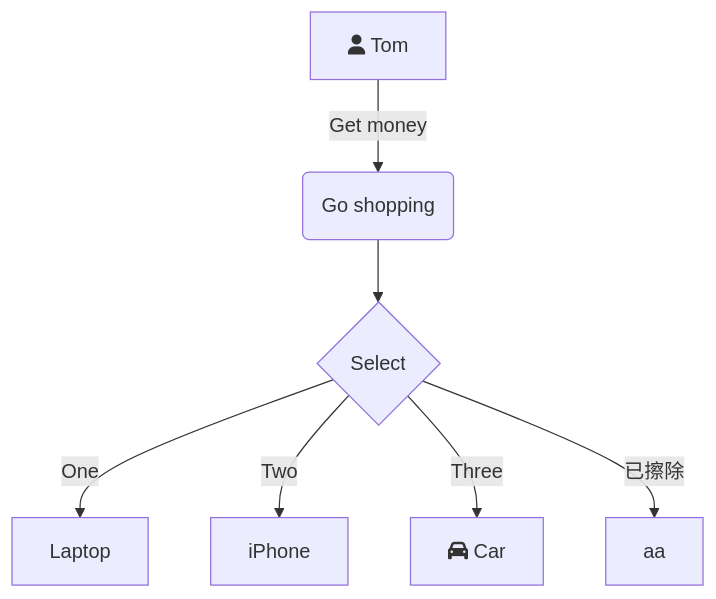
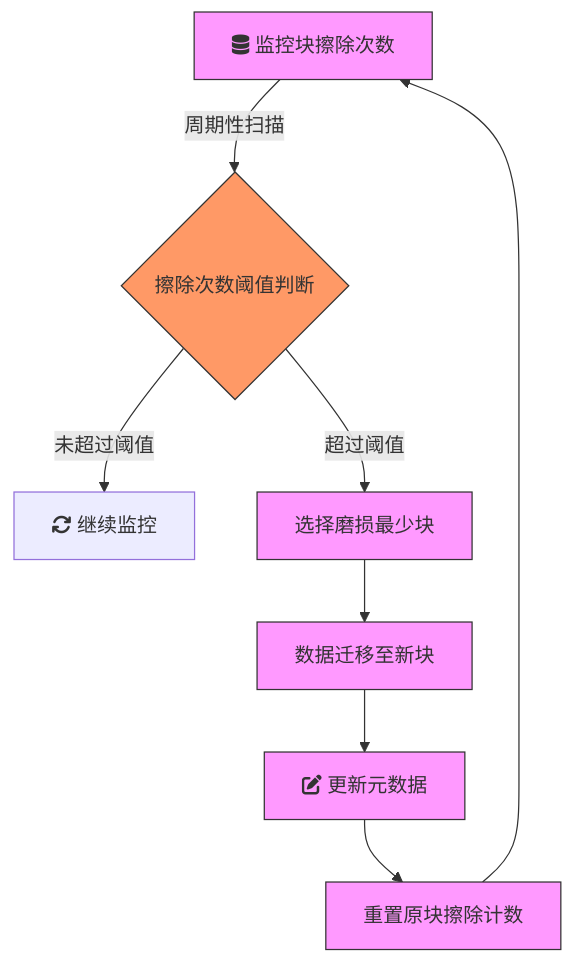
Before and after one commit to zyjsw/iodraw-files: the diagram in all/均衡擦除算法.md, drawn with Mermaid.

Commit message:
2025-06-18 17:50:24 update

````diff
--- a/all/均衡擦除算法.md
+++ b/all/均衡擦除算法.md
@@ -1,9 +1,16 @@
 ```mermaid
 graph TD
-    A[fa:fa-user Tom] -->|Get money| B(Go shopping)
-    B --> C{Select}
-    C -->|One| D[Laptop]
-    C -->|Two| E[iPhone]
-    C -->|Three| F[fa:fa-car Car]
-    C -->|已擦除| G[aa]
+    A[fa:fa-database 监控块擦除次数] -->|周期性扫描| B{擦除次数阈值判断}
+    B -->|未超过阈值| C[fa:fa-sync 继续监控]
+    B -->|超过阈值| D[选择磨损最少块]
+    D --> E[数据迁移至新块]
+    E --> F[fa:fa-edit 更新元数据]
+    F --> G[重置原块擦除计数]
+    G --> A
+
+    classDef process fill:#f9f,stroke:#333;
+    classDef decision fill:#f96,stroke:#333;
+    class A,D,E,F,G process
+    class B decision
+
 ```
````
